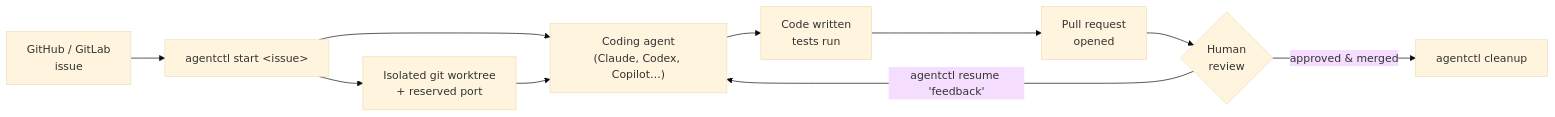
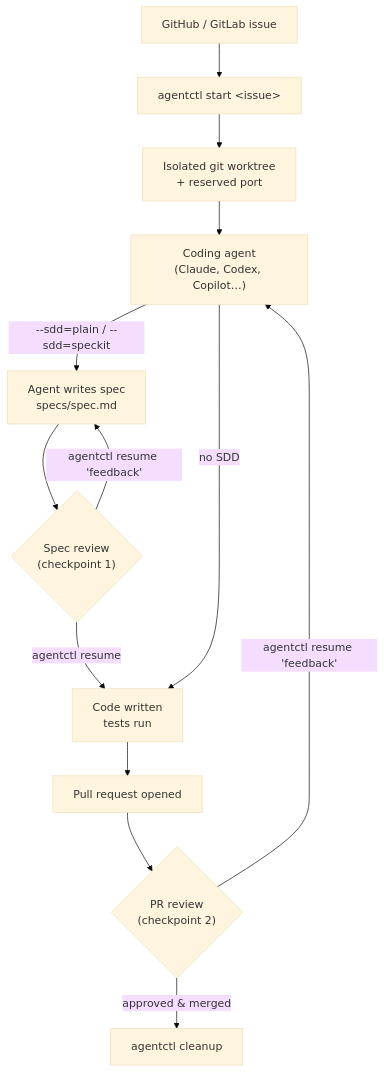
The diagram in README.md (arun-gupta/agentctl), drawn with Mermaid (base theme) before and after one commit.

Commit message:
docs: add SDD flow to README how-it-works diagram

````diff
--- a/README.md
+++ b/README.md
@@ -60,12 +60,18 @@
 ```mermaid
-flowchart LR
-    issue["GitHub / GitLab\nissue"] --> start["agentctl start &lt;issue&gt;"]
+flowchart TD
+    issue["GitHub / GitLab issue"] --> start["agentctl start &lt;issue&gt;"]
     start --> wt["Isolated git worktree\n+ reserved port"]
-    start --> agent["Coding agent\n(Claude, Codex, Copilot…)"]
-    wt --> agent
-    agent --> code["Code written\ntests run"]
-    code --> pr["Pull request\nopened"]
-    pr --> review{"Human\nreview"}
-    review -->|"agentctl resume 'feedback'"| agent
-    review -->|approved & merged| cleanup["agentctl cleanup"]
+    wt --> agent["Coding agent\n(Claude, Codex, Copilot…)"]
+
+    agent -->|"--sdd=plain / --sdd=speckit"| spec["Agent writes spec\nspecs/spec.md"]
+    spec --> specreview{"Spec review\n(checkpoint 1)"}
+    specreview -->|"agentctl resume 'feedback'"| spec
+    specreview -->|"agentctl resume"| code
+
+    agent -->|no SDD| code["Code written\ntests run"]
+
+    code --> pr["Pull request opened"]
+    pr --> prereview{"PR review\n(checkpoint 2)"}
+    prereview -->|"agentctl resume 'feedback'"| agent
+    prereview -->|approved & merged| cleanup["agentctl cleanup"]
 ```
````
